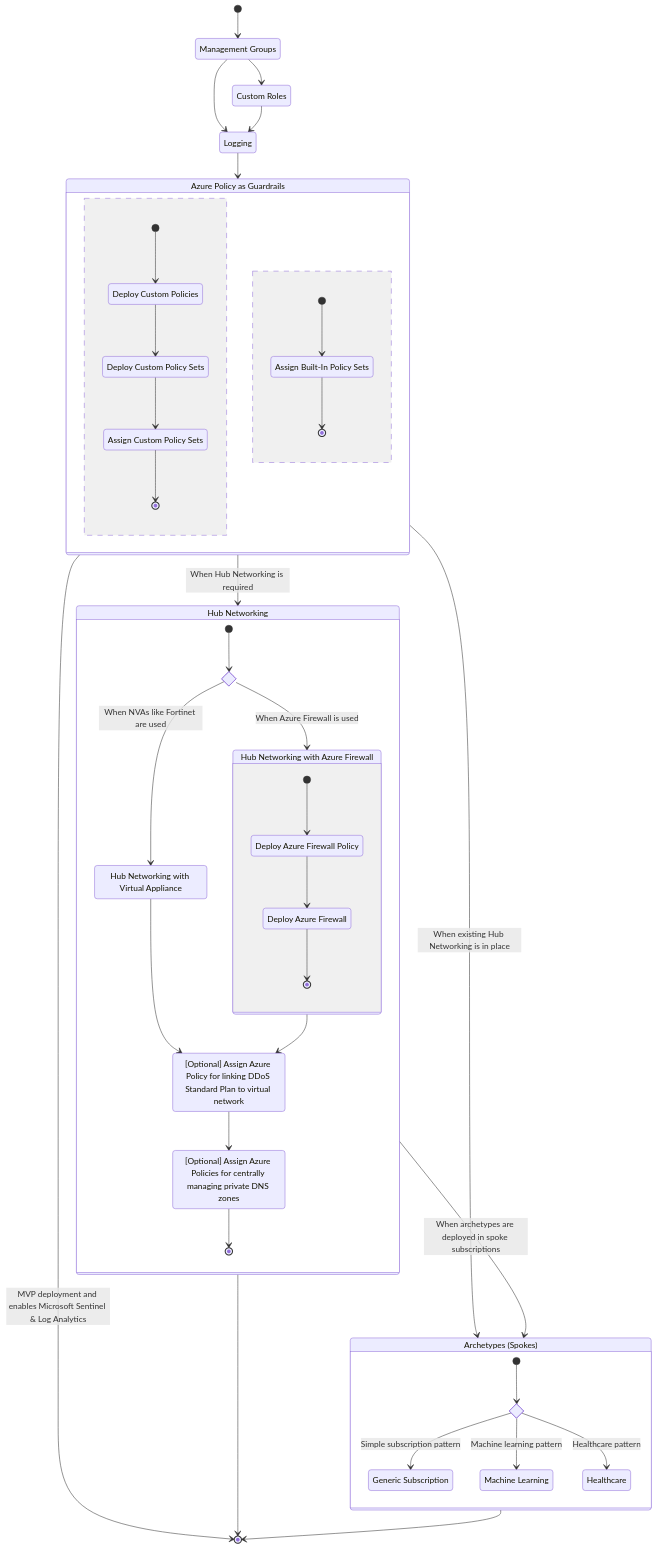
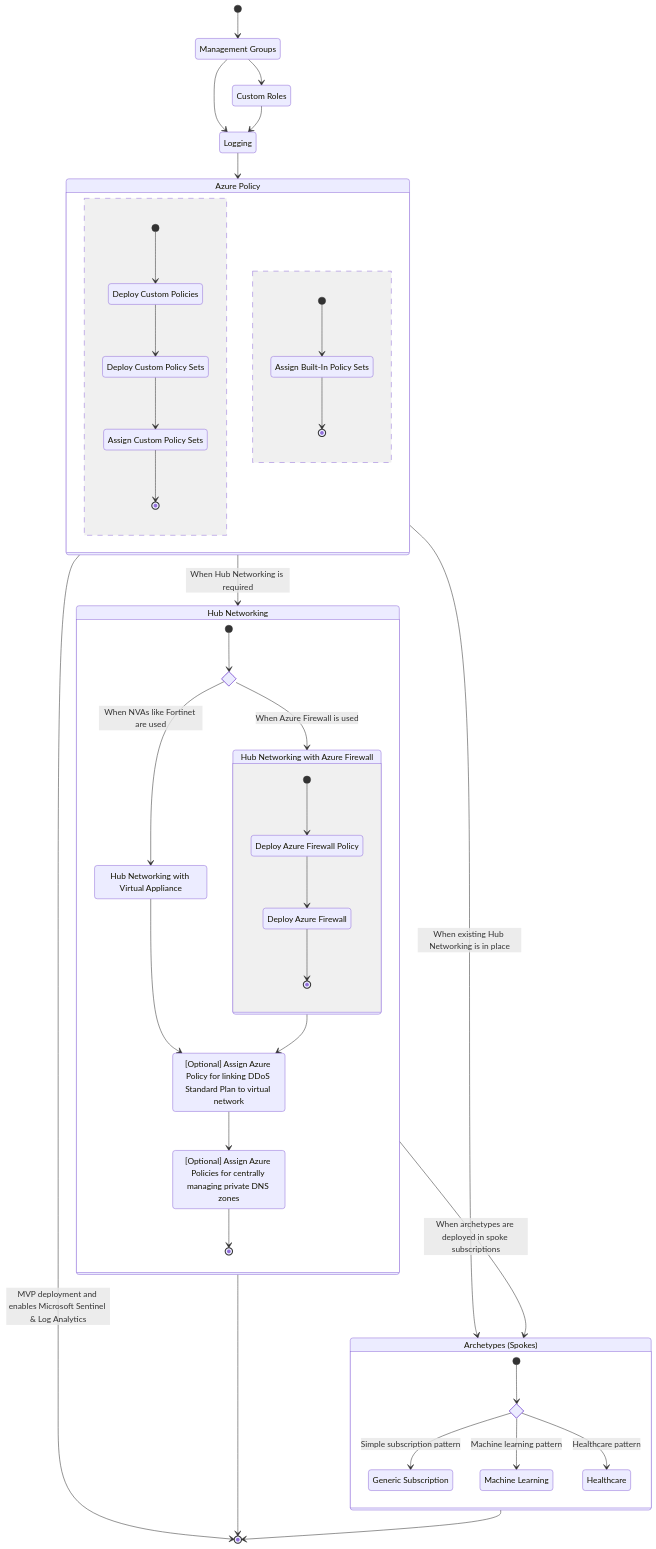
Before and after one commit to Azure/CanadaPubSecALZ: the second of 2 diagrams in docs/onboarding/azure-devops-pipelines.md, drawn with Mermaid.

Commit message:
Policy labeling

```diff
--- a/docs/onboarding/azure-devops-pipelines.md
+++ b/docs/onboarding/azure-devops-pipelines.md
@@ -85,7 +85,7 @@
     CustomRoles: Custom Roles
     Logging: Logging
 
-    Policy: Azure Policy as Guardrails
+    Policy: Azure Policy
     DeployCustomPolicies: Deploy Custom Policies
     DeployCustomPolicySets: Deploy Custom Policy Sets
     AssignCustomPolicySets: Assign Custom Policy Sets
```
